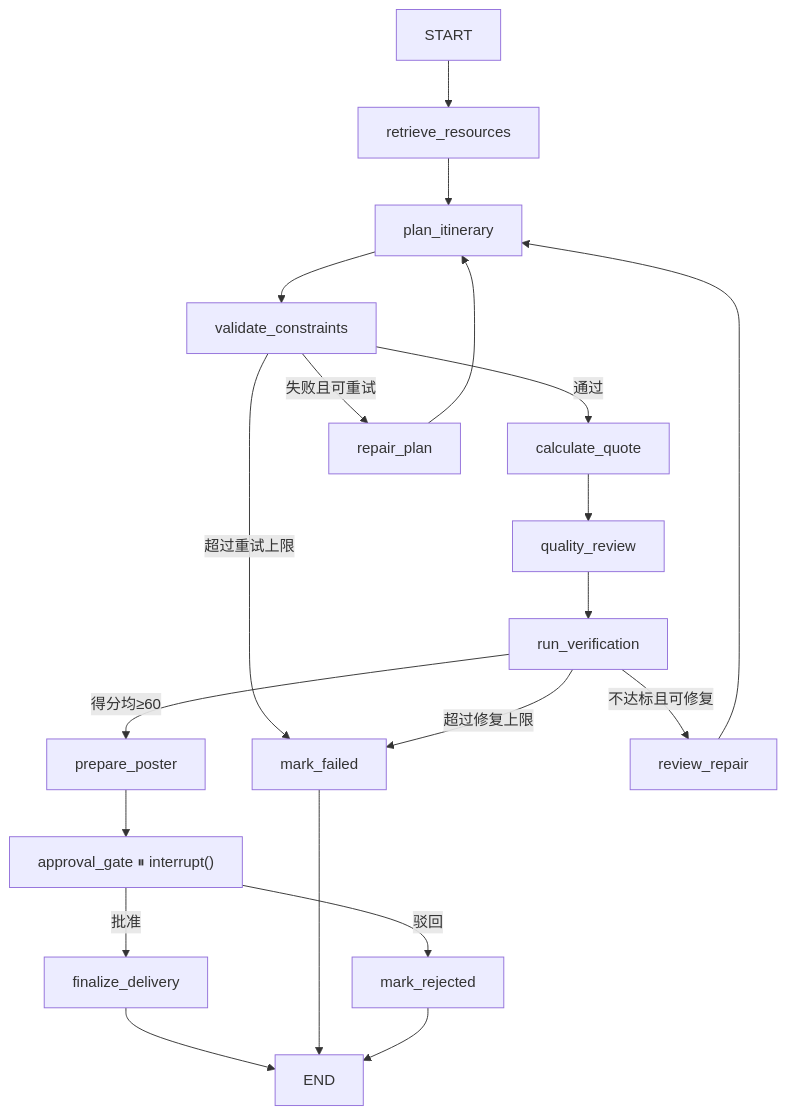
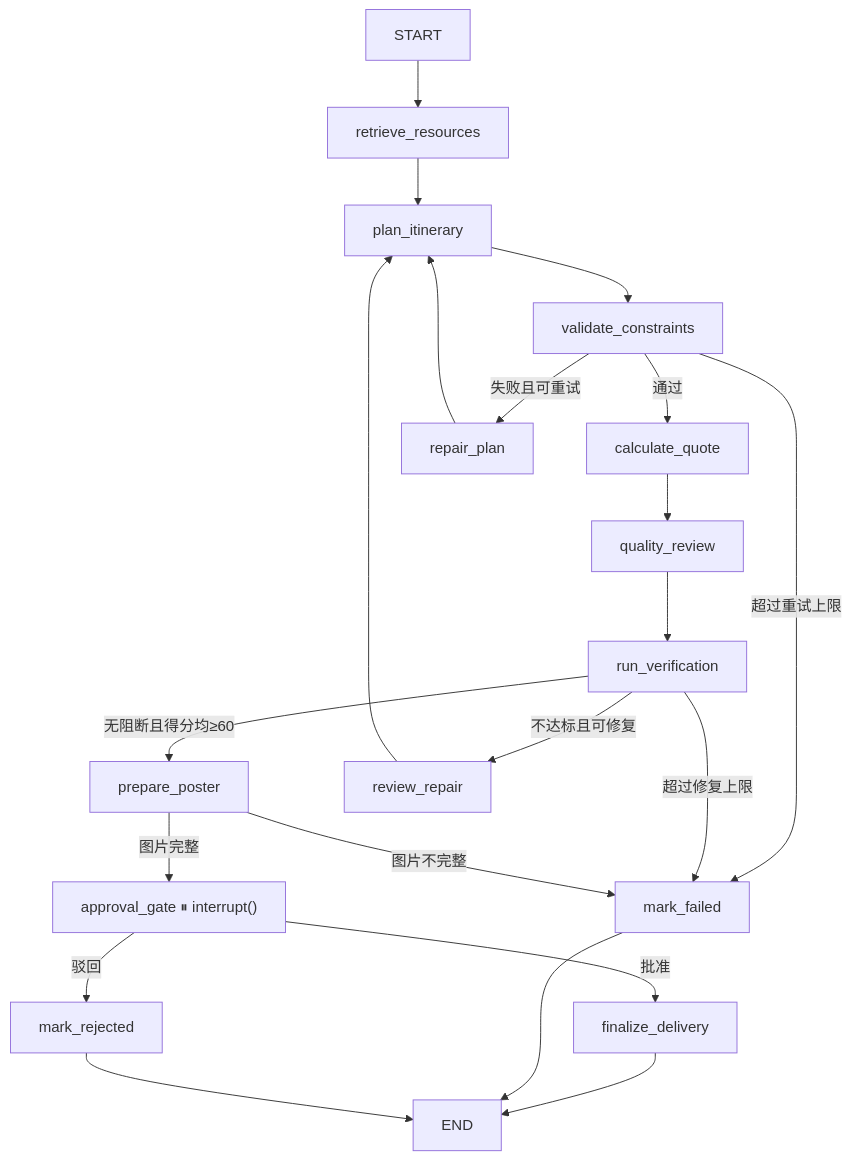
The diagram in docs/03-多Agent与LangGraph工作流.md (IsGodmini/muti-agents-projects), drawn with Mermaid before and after one commit. The commit also changed other lines of this file and 48 other files, not shown here.

````diff
--- a/docs/03-多Agent与LangGraph工作流.md
+++ b/docs/03-多Agent与LangGraph工作流.md
@@ -37,22 +37,23 @@
 ```mermaid
 flowchart TD
     S["START"] --> R["retrieve_resources"]
     R --> I["plan_itinerary"]
     I --> V["validate_constraints"]
     V -->|通过| C["calculate_quote"]
     V -->|失败且可重试| RP["repair_plan"]
     V -->|超过重试上限| F["mark_failed"]
     RP --> I
     C --> Q["quality_review"]
     Q --> VER["run_verification"]
-    VER -->|得分均≥60| PO["prepare_poster"]
+    VER -->|无阻断且得分均≥60| PO["prepare_poster"]
     VER -->|不达标且可修复| RR["review_repair"]
     VER -->|超过修复上限| F
     RR --> I
-    PO --> G["approval_gate ⏸ interrupt()"]
+    PO -->|图片完整| G["approval_gate ⏸ interrupt()"]
+    PO -->|图片不完整| F
     G -->|批准| D["finalize_delivery"]
     G -->|驳回| RJ["mark_rejected"]
     D --> E["END"]
     F --> E
     RJ --> E
 ```
````
